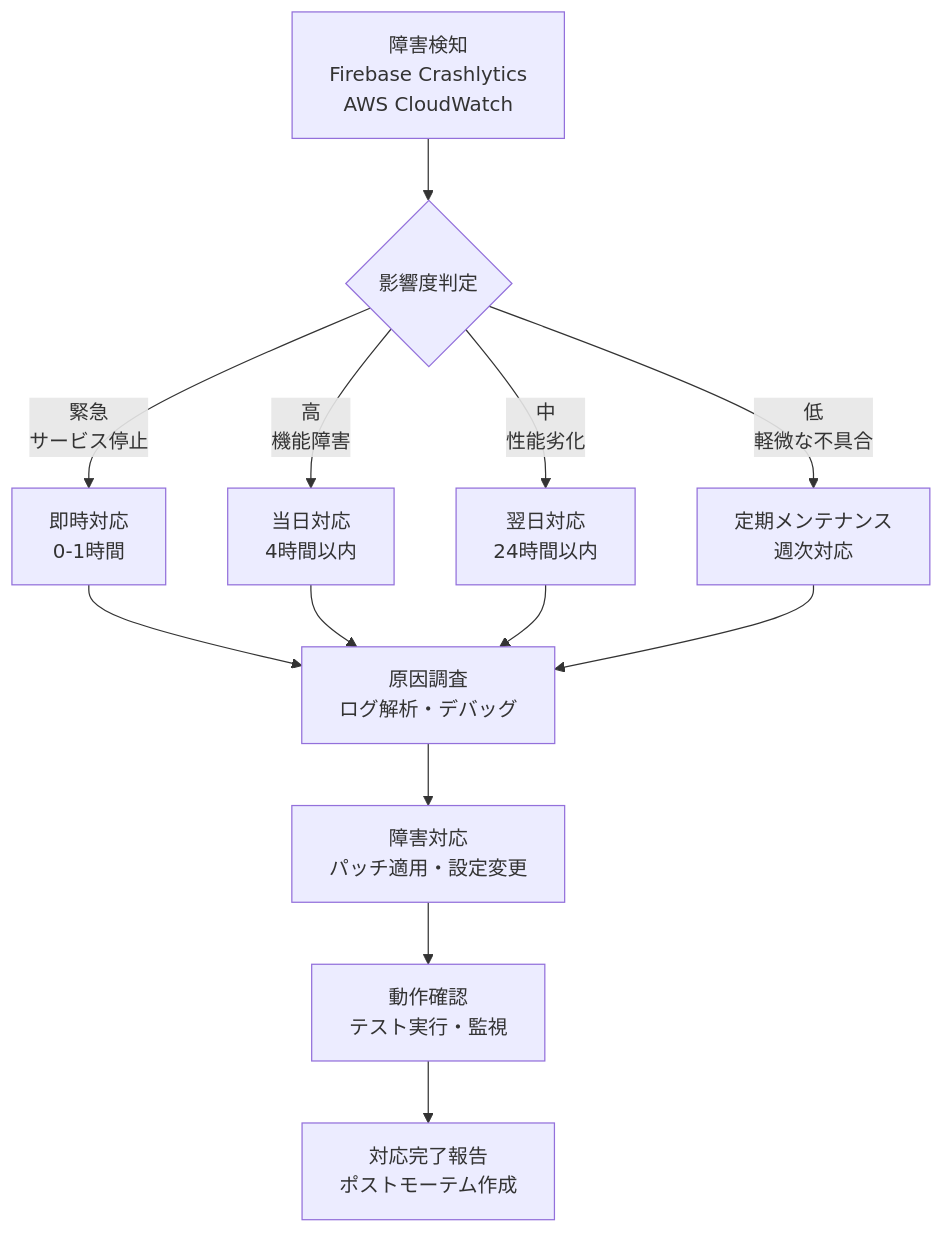
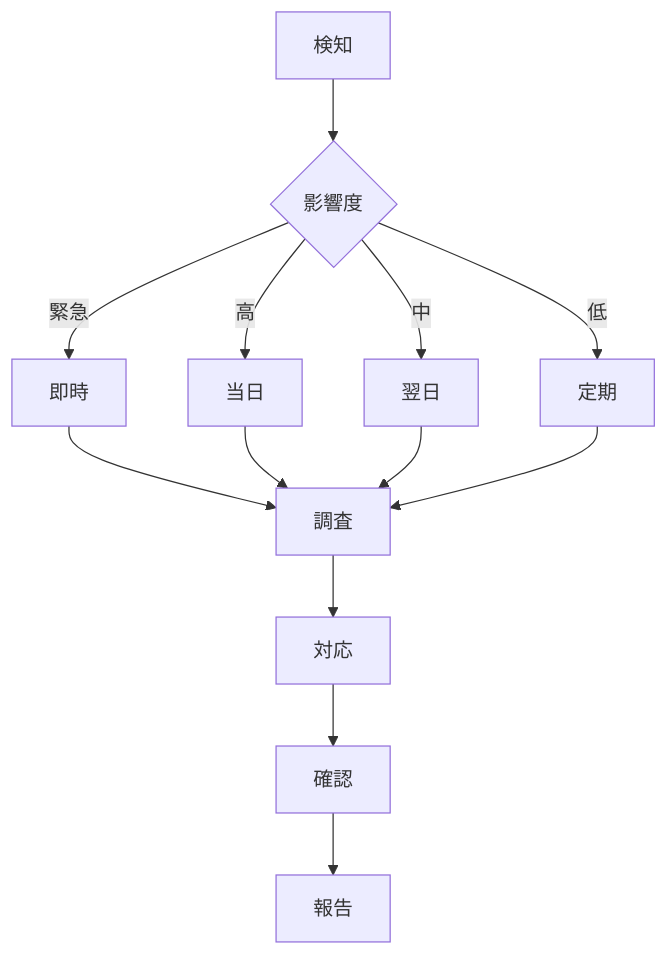
The fourth of 4 diagrams in 外部設計書22.外部設計書/連携処理方式概要設計書.md (sasaibu/hdb), drawn with Mermaid before and after one commit. The commit also changed other lines of this file, not shown here.

````diff
--- a/外部設計書22.外部設計書/連携処理方式概要設計書.md
+++ b/外部設計書22.外部設計書/連携処理方式概要設計書.md
@@ -328,17 +326,17 @@
 ```mermaid
 flowchart TD
-    A[障害検知<br/>Firebase Crashlytics<br/>AWS CloudWatch] --> B{影響度判定}
-    B -->|緊急<br/>サービス停止| C[即時対応<br/>0-1時間]
-    B -->|高<br/>機能障害| D[当日対応<br/>4時間以内]
-    B -->|中<br/>性能劣化| E[翌日対応<br/>24時間以内]
-    B -->|低<br/>軽微な不具合| F[定期メンテナンス<br/>週次対応]
+    A[検知] --> B{影響度}
+    B -->|緊急| C[即時]
+    B -->|高| D[当日]
+    B -->|中| E[翌日]
+    B -->|低| F[定期]
     
-    C --> G[原因調査<br/>ログ解析・デバッグ]
+    C --> G[調査]
     D --> G
     E --> G
     F --> G
     
-    G --> H[障害対応<br/>パッチ適用・設定変更]
-    H --> I[動作確認<br/>テスト実行・監視]
-    I --> J[対応完了報告<br/>ポストモーテム作成]
+    G --> H[対応]
+    H --> I[確認]
+    I --> J[報告]
 ```
````
